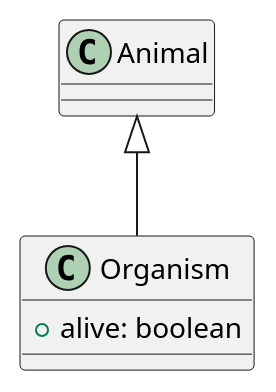
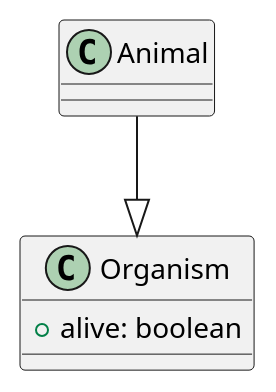
The diagram in docs/img/example-inherit.plantuml (amercier/inheritance.js), drawn with PlantUML before and after one commit. The commit also changed 3 other files, not shown here.

Commit message:
Updated UML diagrams

```diff
--- a/docs/img/example-inherit.plantuml
+++ b/docs/img/example-inherit.plantuml
@@ -1,9 +1,9 @@
 @startuml
 
 class Organism {
   + alive: boolean
 }
 
-Animal <|-- Organism
+Animal --|> Organism
 
 @enduml
```
